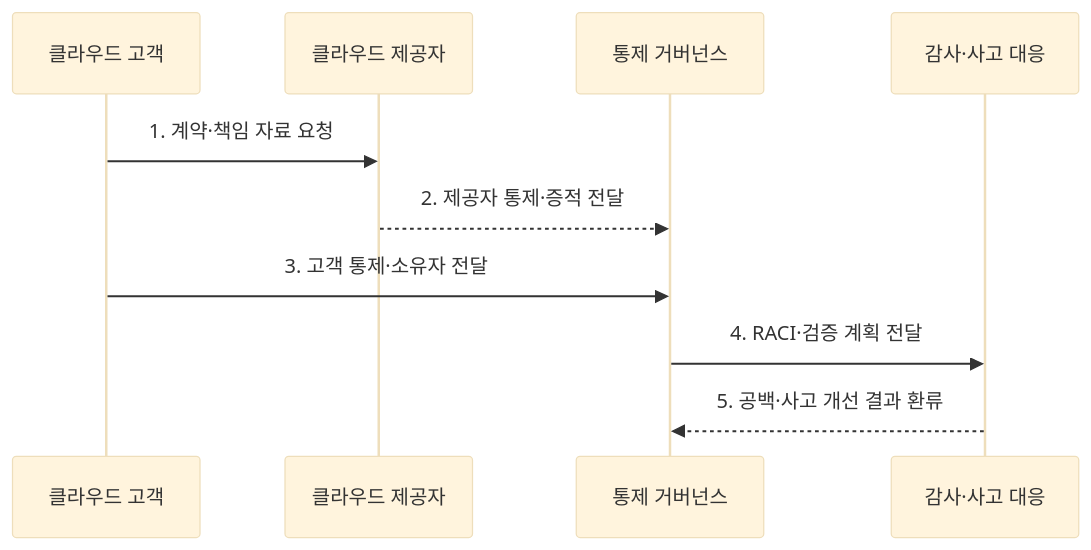
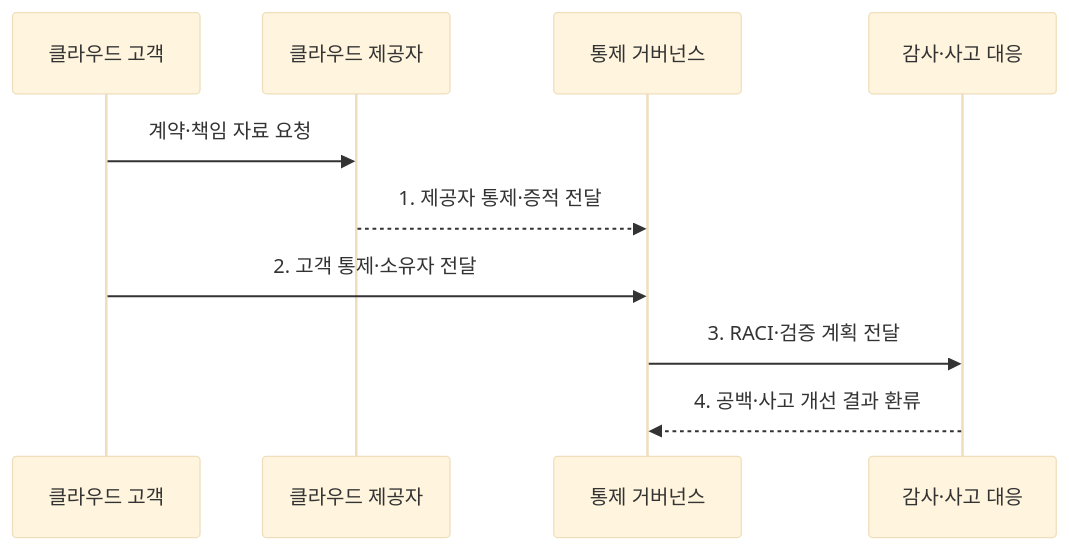
The second of 2 diagrams in src/content/docs/notes/05-security/071_shared_responsibility.md (agnusdei1207/knowledge-base), drawn with Mermaid (base theme) before and after one commit. The commit also changed other lines of this file and 18 other files, not shown here.

````diff
--- a/src/content/docs/notes/05-security/071_shared_responsibility.md
+++ b/src/content/docs/notes/05-security/071_shared_responsibility.md
@@ -96,12 +96,12 @@
 ```mermaid
 sequenceDiagram
     participant C as 클라우드 고객
     participant P as 클라우드 제공자
     participant G as 통제 거버넌스
     participant A as 감사·사고 대응
-    C->>P: 1. 계약·책임 자료 요청
-    P-->>G: 2. 제공자 통제·증적 전달
-    C->>G: 3. 고객 통제·소유자 전달
-    G->>A: 4. RACI·검증 계획 전달
-    A-->>G: 5. 공백·사고 개선 결과 환류
+    C->>P: 계약·책임 자료 요청
+    P-->>G: 1. 제공자 통제·증적 전달
+    C->>G: 2. 고객 통제·소유자 전달
+    G->>A: 3. RACI·검증 계획 전달
+    A-->>G: 4. 공백·사고 개선 결과 환류
 ```
````
